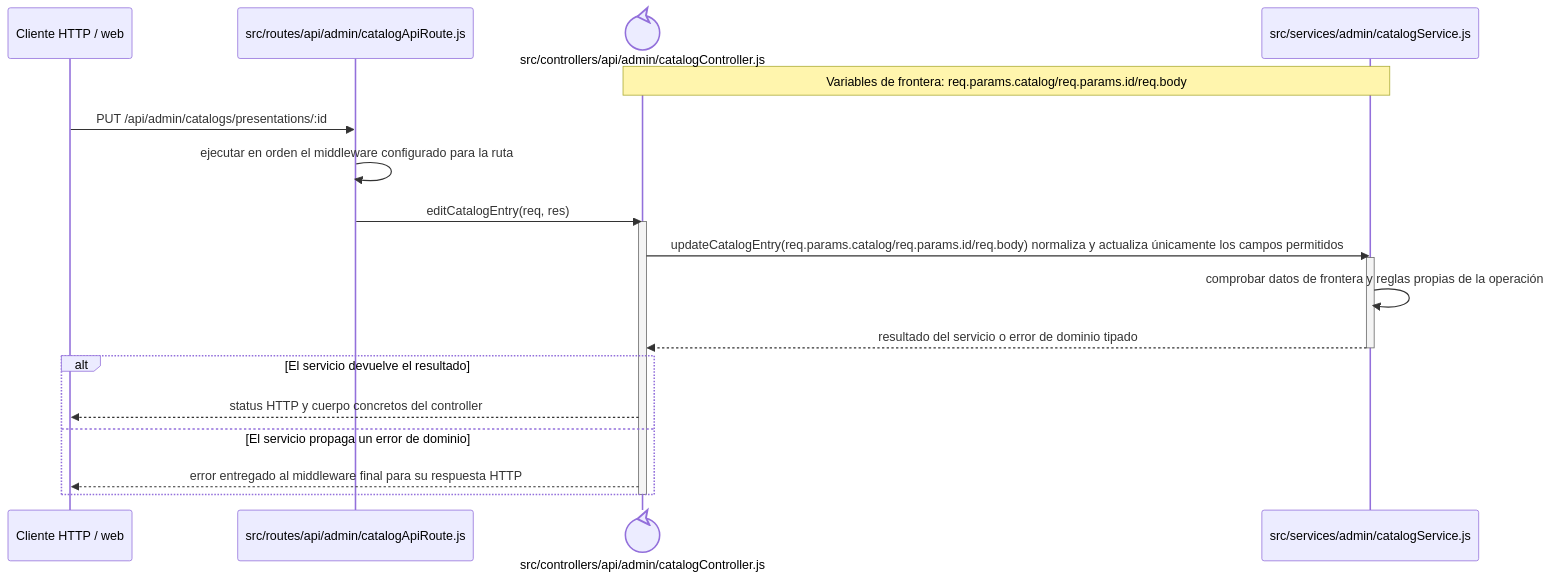
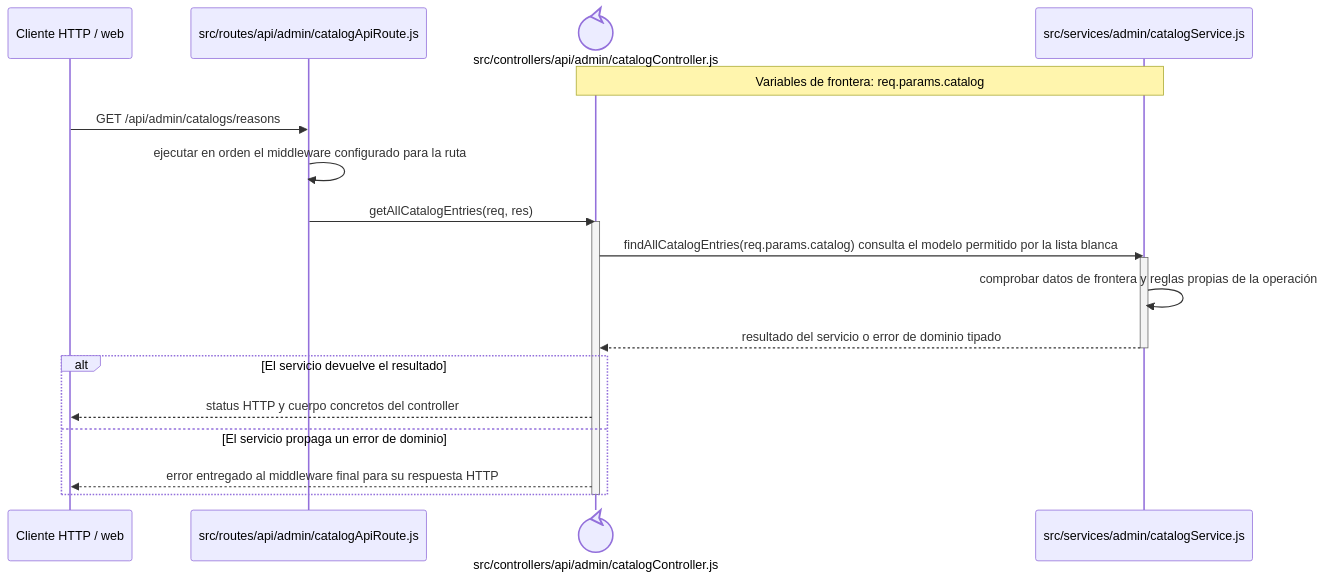
The diagram in docs/architecture/backend-code-sequences/catalogs/cu-cat-39.md (gpgsistemas01/nexus), drawn with Mermaid before and after one commit. The commit also changed other lines of this file and 126 other files, not shown here.

````diff
--- a/docs/architecture/backend-code-sequences/catalogs/cu-cat-39.md
+++ b/docs/architecture/backend-code-sequences/catalogs/cu-cat-39.md
@@ -6,24 +6,24 @@
 ```mermaid
 sequenceDiagram
     participant Client as Cliente HTTP / web
     participant Route as src/routes/api/admin/catalogApiRoute.js
     participant Controller@{ "type": "control" } as src/controllers/api/admin/catalogController.js
     participant Domain as src/services/admin/catalogService.js
-    Note over Controller,Domain: Variables de frontera: req.params.catalog/req.params.id/req.body
+    Note over Controller,Domain: Variables de frontera: req.params.catalog
 
-    Client->>Route: PUT /api/admin/catalogs/presentations/:id
+    Client->>Route: GET /api/admin/catalogs/reasons
     Route->>Route: ejecutar en orden el middleware configurado para la ruta
-    Route->>Controller: editCatalogEntry(req, res)
+    Route->>Controller: getAllCatalogEntries(req, res)
     activate Controller
-    Controller->>Domain: updateCatalogEntry(req.params.catalog/req.params.id/req.body) normaliza y actualiza únicamente los campos permitidos
+    Controller->>Domain: findAllCatalogEntries(req.params.catalog) consulta el modelo permitido por la lista blanca
     activate Domain
     Domain->>Domain: comprobar datos de frontera y reglas propias de la operación
     Domain-->>Controller: resultado del servicio o error de dominio tipado
     deactivate Domain
     alt El servicio devuelve el resultado
         Controller-->>Client: status HTTP y cuerpo concretos del controller
     else El servicio propaga un error de dominio
         Controller-->>Client: error entregado al middleware final para su respuesta HTTP
     end
     deactivate Controller
 ```
````
